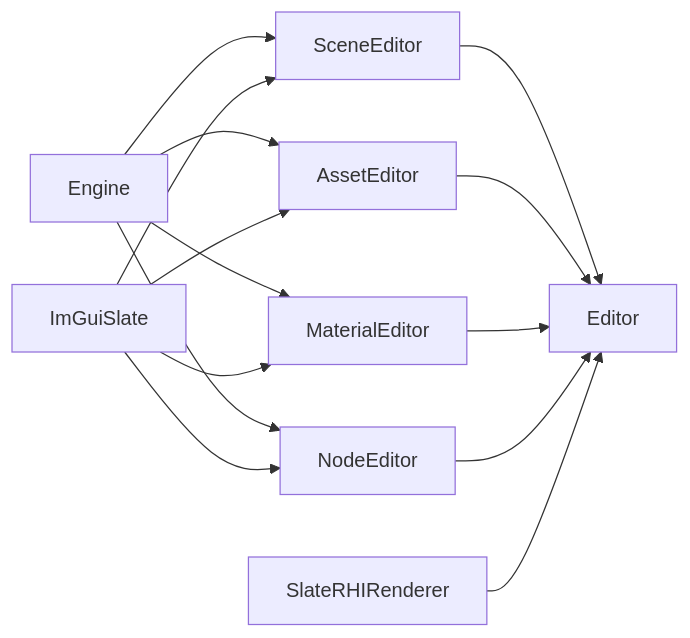
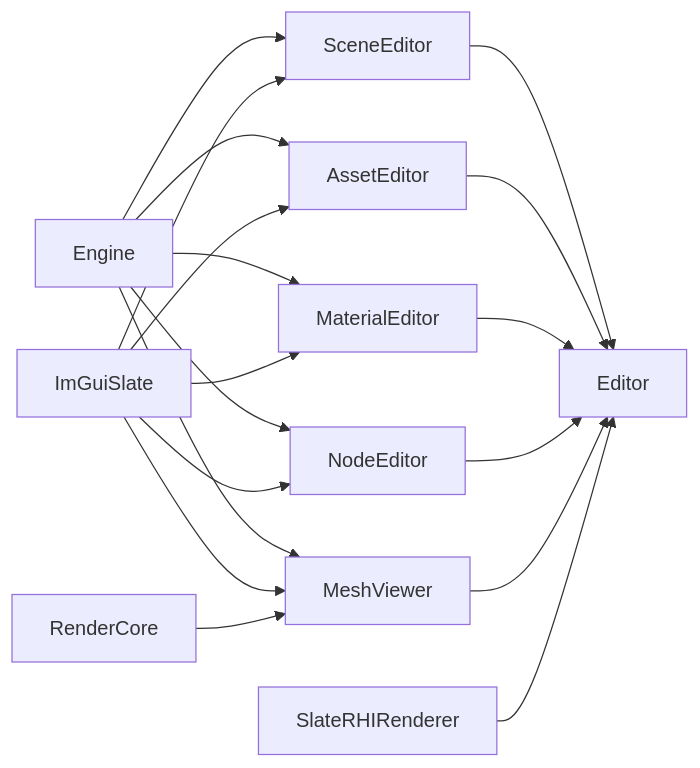
Before and after one commit to mou-wj/WREngine: the diagram in Doc/architecture/app/editor.md, drawn with Mermaid. The commit also changed other lines of this file and 22 other files, not shown here.

````diff
--- a/Doc/architecture/app/editor.md
+++ b/Doc/architecture/app/editor.md
@@ -21,16 +22,20 @@
 ```mermaid
 flowchart LR
     Engine --> SceneEditor
     ImGuiSlate --> SceneEditor
     Engine --> AssetEditor
     ImGuiSlate --> AssetEditor
     Engine --> MaterialEditor
     ImGuiSlate --> MaterialEditor
     SceneEditor --> Editor
     AssetEditor --> Editor
     MaterialEditor --> Editor
     Engine --> NodeEditor
     ImGuiSlate --> NodeEditor
     NodeEditor --> Editor
+    Engine --> MeshViewer
+    ImGuiSlate --> MeshViewer
+    RenderCore --> MeshViewer
+    MeshViewer --> Editor
     SlateRHIRenderer --> Editor
 ```
````
